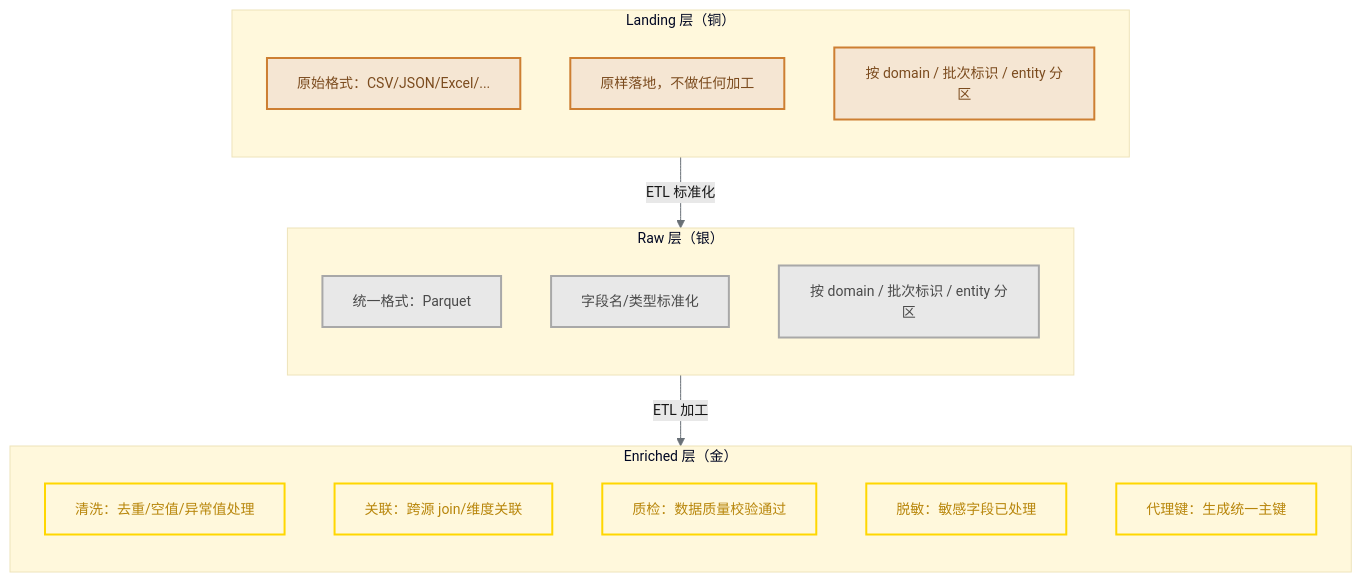
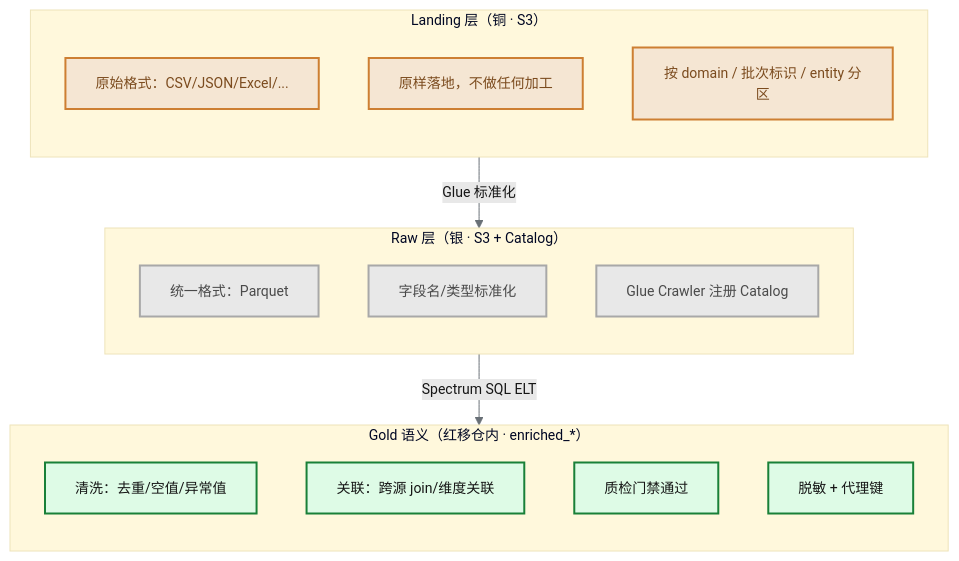
One commit to zhiweio/from-data-to-intelligence changed the second of 3 diagrams in docs/07-数据湖分层设计.md. Above: the diagram before and after it, drawn with Mermaid. The commit also changed other lines of this file and 69 other files, not shown here.

````diff
--- a/docs/07-数据湖分层设计.md
+++ b/docs/07-数据湖分层设计.md
@@ -87,37 +102,36 @@
 ```mermaid
 %%{init: {'theme':'base','themeVariables':{'primaryColor':'#F5E6D3','primaryTextColor':'#161616','primaryBorderColor':'#CD7F32','lineColor':'#697077','secondaryColor':'#E8E8E8','tertiaryColor':'#FFF8DC','fontSize':'14px'}}}%%
 flowchart TD
-    subgraph Landing["Landing 层（铜）"]
+    subgraph Landing["Landing 层（铜 · S3）"]
         direction TB
         L1[原始格式：CSV/JSON/Excel/...]
         L2[原样落地，不做任何加工]
         L3[按 domain / 批次标识 / entity 分区]
     end
 
-    subgraph Raw["Raw 层（银）"]
+    subgraph Raw["Raw 层（银 · S3 + Catalog）"]
         direction TB
         R1[统一格式：Parquet]
         R2[字段名/类型标准化]
-        R3[按 domain / 批次标识 / entity 分区]
+        R3[Glue Crawler 注册 Catalog]
     end
 
-    subgraph Enriched["Enriched 层（金）"]
+    subgraph Gold["Gold 语义（红移仓内 · enriched_*）"]
         direction TB
-        E1[清洗：去重/空值/异常值处理]
+        E1[清洗：去重/空值/异常值]
         E2[关联：跨源 join/维度关联]
-        E3[质检：数据质量校验通过]
-        E4[脱敏：敏感字段已处理]
-        E5[代理键：生成统一主键]
+        E3[质检门禁通过]
+        E4[脱敏 + 代理键]
     end
 
-    Landing -->|"ETL 标准化"| Raw
-    Raw -->|"ETL 加工"| Enriched
+    Landing -->|"Glue 标准化"| Raw
+    Raw -->|"Spectrum SQL ELT"| Gold
 
     classDef bpBronze fill:#F5E6D3,stroke:#CD7F32,stroke-width:2px,color:#7B4B1E
     classDef bpSilver fill:#E8E8E8,stroke:#A8A8A8,stroke-width:2px,color:#4A4A4A
-    classDef bpGold   fill:#FFF8DC,stroke:#FFD700,stroke-width:2px,color:#B8860B
+    classDef bpGold   fill:#defbe6,stroke:#198038,stroke-width:2px,color:#161616
 
     class L1,L2,L3 bpBronze
     class R1,R2,R3 bpSilver
-    class E1,E2,E3,E4,E5 bpGold
+    class E1,E2,E3,E4 bpGold
 ```
````
